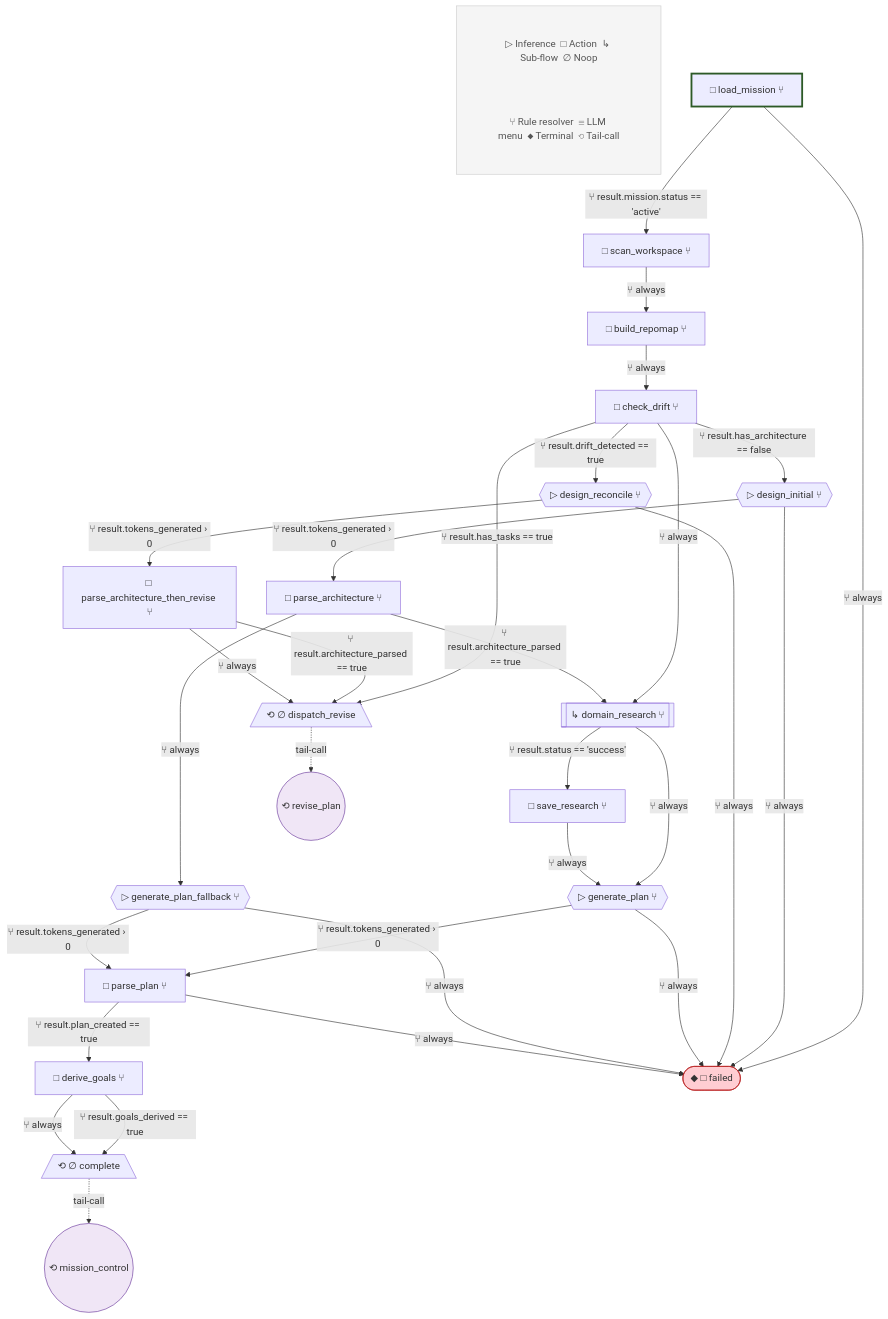
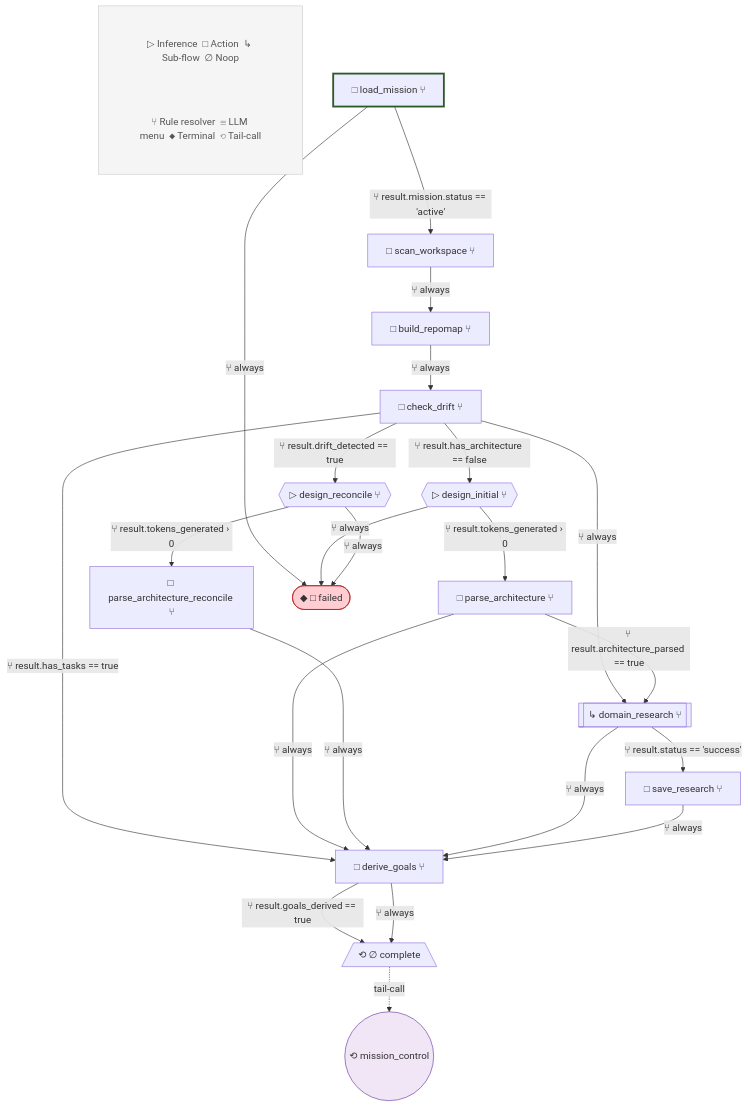
One commit to lah-rb/ouroboros changed the third of 17 diagrams in blueprint.md. Above: the diagram before and after it, drawn with Mermaid. The commit also changed other lines of this file and 355 other files, not shown here.

````diff
--- a/blueprint.md
+++ b/blueprint.md
@@ -355,68 +306,54 @@
 ```mermaid
 flowchart TD
-    %% design_and_plan v4
+    %% design_and_plan v5
 
     subgraph Legend[" "]
         L1["▷ Inference  □ Action  ↳ Sub-flow  ∅ Noop"]
         L2["⑂ Rule resolver  ☰ LLM menu  ◆ Terminal  ⟲ Tail-call"]
     end
     style Legend fill:#f5f5f5,stroke:#ccc,stroke-width:1px
     style L1 fill:#f5f5f5,stroke:none,color:#555
     style L2 fill:#f5f5f5,stroke:none,color:#555
 
     load_mission["□ load_mission ⑂"]
     scan_workspace["□ scan_workspace ⑂"]
     build_repomap["□ build_repomap ⑂"]
     check_drift["□ check_drift ⑂"]
     design_initial{{"▷ design_initial ⑂"}}
     design_reconcile{{"▷ design_reconcile ⑂"}}
     parse_architecture["□ parse_architecture ⑂"]
-    parse_architecture_then_revise["□ parse_architecture_then_revise ⑂"]
-    dispatch_revise[/"⟲ ∅ dispatch_revise"\]
+    parse_architecture_reconcile["□ parse_architecture_reconcile ⑂"]
     domain_research[["↳ domain_research ⑂"]]
     save_research["□ save_research ⑂"]
-    generate_plan{{"▷ generate_plan ⑂"}}
-    generate_plan_fallback{{"▷ generate_plan_fallback ⑂"}}
-    parse_plan["□ parse_plan ⑂"]
     derive_goals["□ derive_goals ⑂"]
     complete[/"⟲ ∅ complete"\]
     failed(["◆ □ failed"])
 
     style load_mission stroke-width:3px,stroke:#2d5a27
 
     load_mission -->|⑂ result.mission.status == 'active'| scan_workspace
     load_mission -->|⑂ always| failed
     scan_workspace -->|⑂ always| build_repomap
     build_repomap -->|⑂ always| check_drift
     check_drift -->|⑂ result.has_architecture == false| design_initial
     check_drift -->|⑂ result.drift_detected == true| design_reconcile
-    check_drift -->|⑂ result.has_tasks == true| dispatch_revise
+    check_drift -->|⑂ result.has_tasks == true| derive_goals
     check_drift -->|⑂ always| domain_research
     design_initial -->|⑂ result.tokens_generated › 0| parse_architecture
     design_initial -->|⑂ always| failed
-    design_reconcile -->|⑂ result.tokens_generated › 0| parse_architecture_then_revise
+    design_reconcile -->|⑂ result.tokens_generated › 0| parse_architecture_reconcile
     design_reconcile -->|⑂ always| failed
     parse_architecture -->|⑂ result.architecture_parsed == true| domain_research
-    parse_architecture -->|⑂ always| generate_plan_fallback
-    parse_architecture_then_revise -->|⑂ result.architecture_parsed == true| dispatch_revise
-    parse_architecture_then_revise -->|⑂ always| dispatch_revise
-    tc_dispatch_revise(("⟲ revise_plan"))
-    style tc_dispatch_revise fill:#f0e6f6,stroke:#663399
-    dispatch_revise -.->|tail-call| tc_dispatch_revise
+    parse_architecture -->|⑂ always| derive_goals
+    parse_architecture_reconcile -->|⑂ always| derive_goals
     domain_research -->|⑂ result.status == 'success'| save_research
-    domain_research -->|⑂ always| generate_plan
-    save_research -->|⑂ always| generate_plan
-    generate_plan -->|⑂ result.tokens_generated › 0| parse_plan
-    generate_plan -->|⑂ always| failed
-    generate_plan_fallback -->|⑂ result.tokens_generated › 0| parse_plan
-    generate_plan_fallback -->|⑂ always| failed
-    parse_plan -->|⑂ result.plan_created == true| derive_goals
-    parse_plan -->|⑂ always| failed
+    domain_research -->|⑂ always| derive_goals
+    save_research -->|⑂ always| derive_goals
     derive_goals -->|⑂ result.goals_derived == true| complete
     derive_goals -->|⑂ always| complete
     tc_complete(("⟲ mission_control"))
     style tc_complete fill:#f0e6f6,stroke:#663399
     complete -.->|tail-call| tc_complete
 
     style failed fill:#ffcdd2,stroke:#b71c1c
 ```
````
